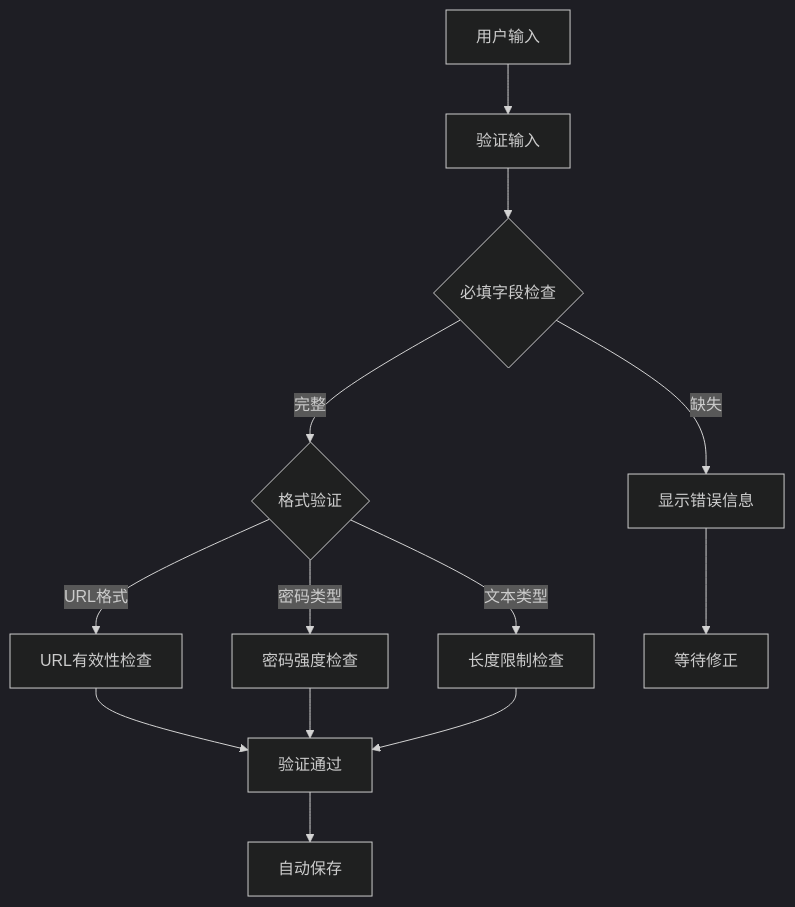
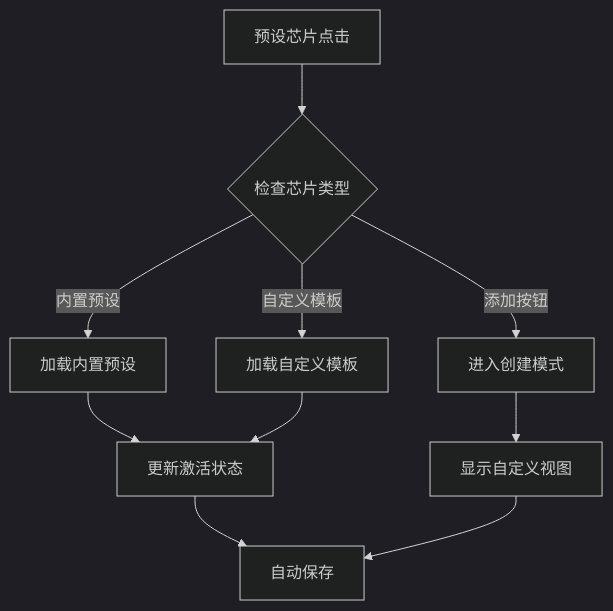
One commit to binasi/Img2Prompt changed the fourth of 8 diagrams in .qoder/repowiki/zh/content/开发指南/功能开发/前端界面开发/设置页面开发.md. Above: the diagram before and after it, drawn with Mermaid (dark theme). The commit also changed other lines of this file and 9 other files, not shown here.

````diff
--- a/.qoder/repowiki/zh/content/开发指南/功能开发/前端界面开发/设置页面开发.md
+++ b/.qoder/repowiki/zh/content/开发指南/功能开发/前端界面开发/设置页面开发.md
@@ -185,15 +196,12 @@
 ```mermaid
 flowchart TD
-Input[用户输入] --> ValidateInput[验证输入]
-ValidateInput --> CheckRequired{必填字段检查}
-CheckRequired --> |缺失| ShowError[显示错误信息]
-CheckRequired --> |完整| CheckFormat{格式验证}
-CheckFormat --> |URL格式| CheckURL[URL有效性检查]
-CheckFormat --> |密码类型| CheckPassword[密码强度检查]
-CheckFormat --> |文本类型| CheckLength[长度限制检查]
-CheckURL --> Validated[验证通过]
-CheckPassword --> Validated
-CheckLength --> Validated
-ShowError --> WaitInput[等待修正]
-Validated --> AutoSave[自动保存]
+PresetClick[预设芯片点击] --> CheckType{检查芯片类型}
+CheckType --> |内置预设| LoadBuiltIn[加载内置预设]
+CheckType --> |自定义模板| LoadCustom[加载自定义模板]
+CheckType --> |添加按钮| EnterCreateMode[进入创建模式]
+LoadBuiltIn --> UpdateActive[更新激活状态]
+LoadCustom --> UpdateActive
+EnterCreateMode --> ShowCustomView[显示自定义视图]
+UpdateActive --> AutoSave[自动保存]
+ShowCustomView --> AutoSave
 ```
````
